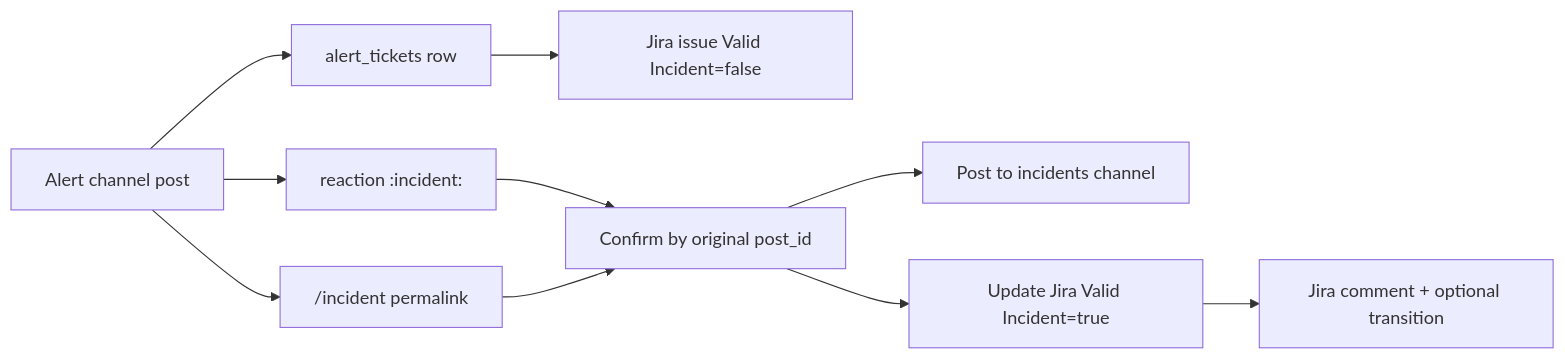
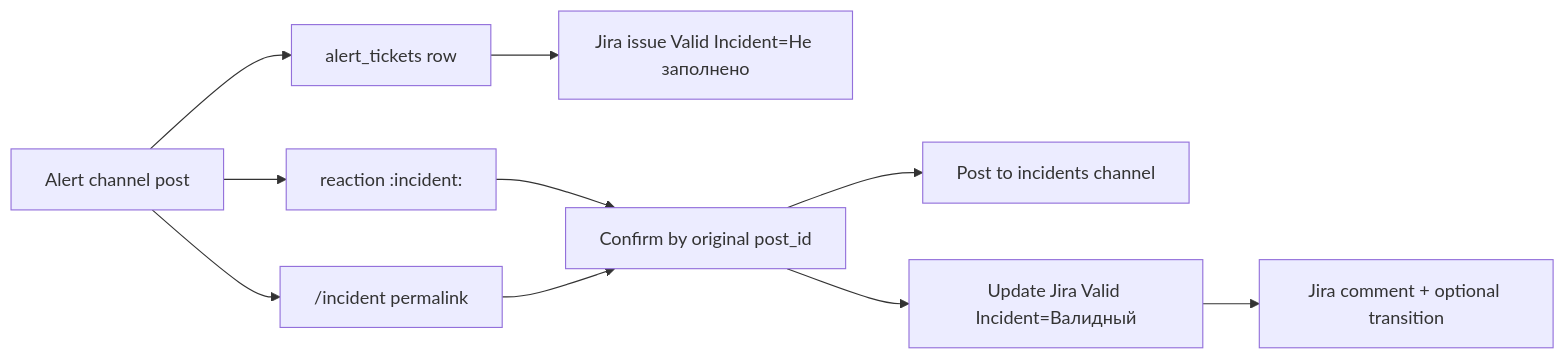
The diagram in README.md (nytera/jira-mattermost), drawn with Mermaid before and after one commit. The commit also changed other lines of this file and 5 other files, not shown here.

First line of the commit message:
Update Jira incident field handling

````diff
--- a/README.md
+++ b/README.md
@@ -14,12 +14,12 @@
 ```mermaid
 flowchart LR
   A["Alert channel post"] --> B["alert_tickets row"]
-  B --> C["Jira issue Valid Incident=false"]
+  B --> C["Jira issue Valid Incident=Не заполнено"]
   A --> D["reaction :incident:"]
   A --> E["/incident permalink"]
   D --> F["Confirm by original post_id"]
   E --> F
   F --> G["Post to incidents channel"]
-  F --> H["Update Jira Valid Incident=true"]
+  F --> H["Update Jira Valid Incident=Валидный"]
   H --> I["Jira comment + optional transition"]
 ```
````
